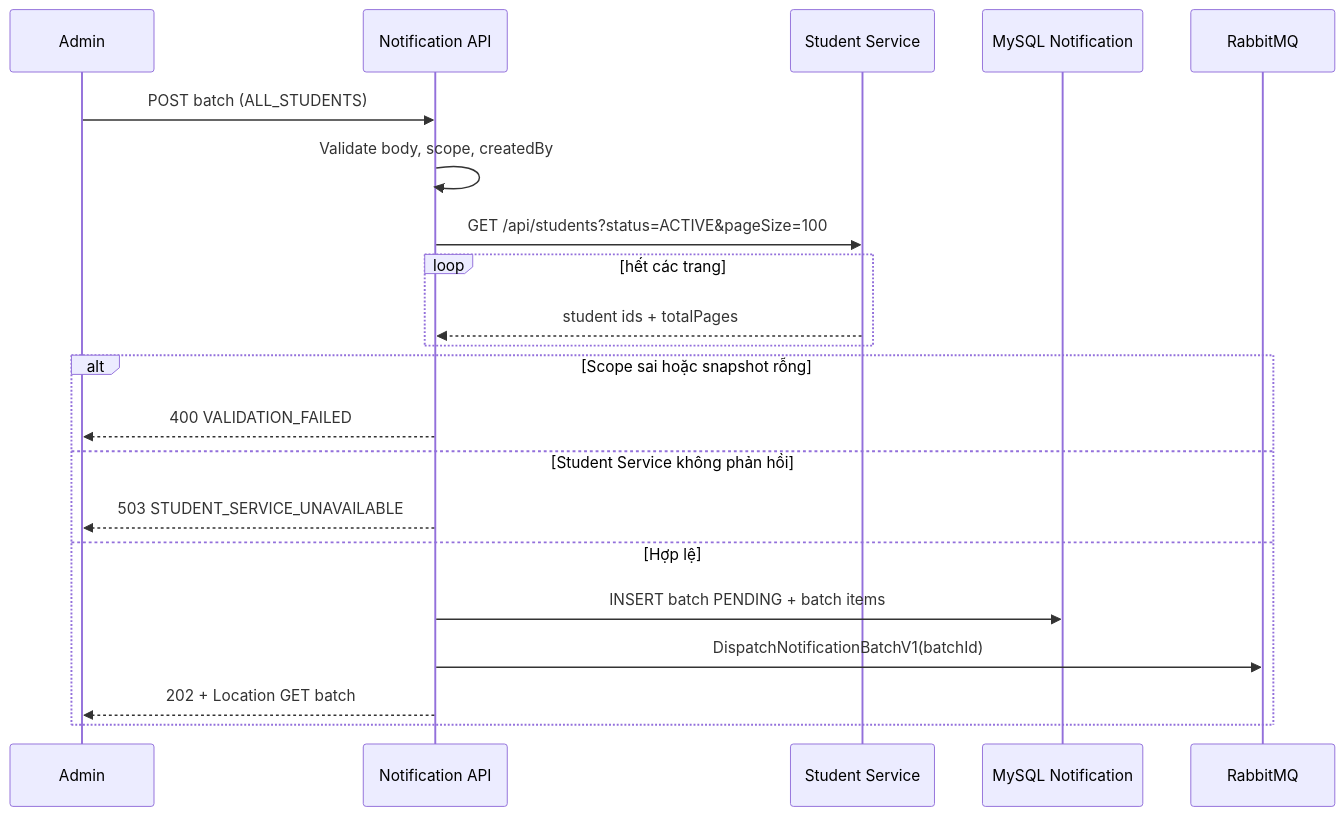
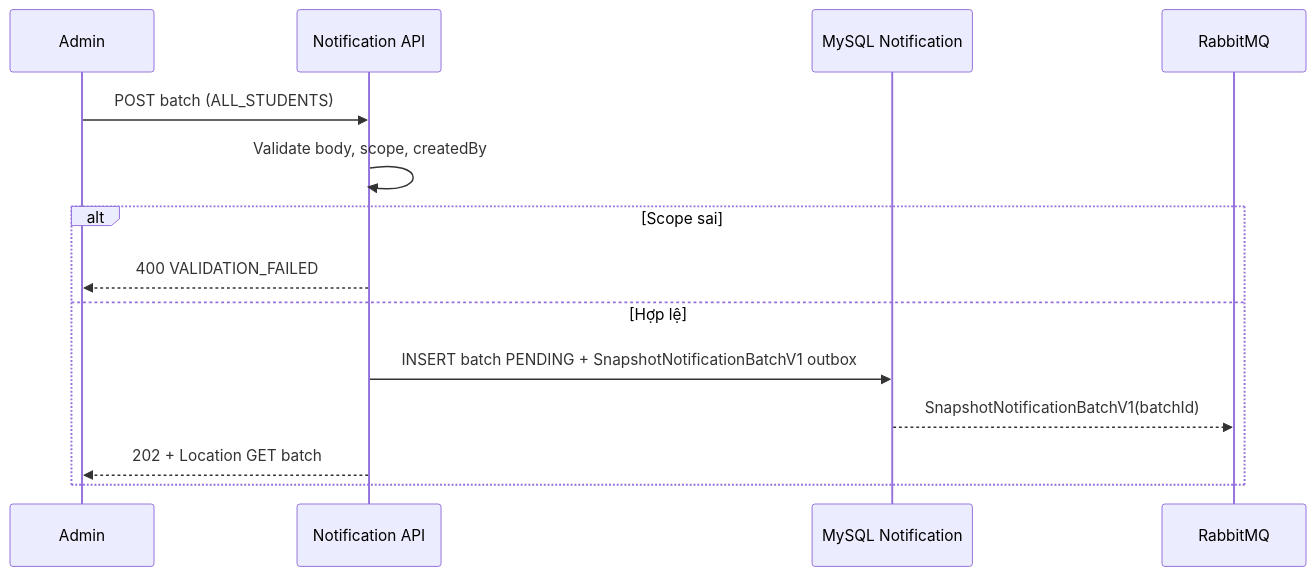
The first of 3 diagrams in ducnm3/docs/business-flows/notifications/bulk-notification.md (Minhduc7904/MiniProjectTrainingKaopiz), drawn with Mermaid before and after one commit. The commit also changed other lines of this file and 21 other files, not shown here.

Commit message:
Batch Job — gửi notification cho ~3k user

````diff
--- a/ducnm3/docs/business-flows/notifications/bulk-notification.md
+++ b/ducnm3/docs/business-flows/notifications/bulk-notification.md
@@ -21,24 +21,17 @@
 ```mermaid
 sequenceDiagram
     participant Admin
     participant API as Notification API
-    participant Student as Student Service
     participant DB as MySQL Notification
     participant Bus as RabbitMQ
 
     Admin->>API: POST batch (ALL_STUDENTS)
     API->>API: Validate body, scope, createdBy
-    API->>Student: GET /api/students?status=ACTIVE&pageSize=100
-    loop hết các trang
-        Student-->>API: student ids + totalPages
-    end
-    alt Scope sai hoặc snapshot rỗng
+    alt Scope sai
         API-->>Admin: 400 VALIDATION_FAILED
-    else Student Service không phản hồi
-        API-->>Admin: 503 STUDENT_SERVICE_UNAVAILABLE
     else Hợp lệ
-        API->>DB: INSERT batch PENDING + batch items
-        API->>Bus: DispatchNotificationBatchV1(batchId)
+        API->>DB: INSERT batch PENDING + SnapshotNotificationBatchV1 outbox
+        DB-->>Bus: SnapshotNotificationBatchV1(batchId)
         API-->>Admin: 202 + Location GET batch
     end
 ```
````
